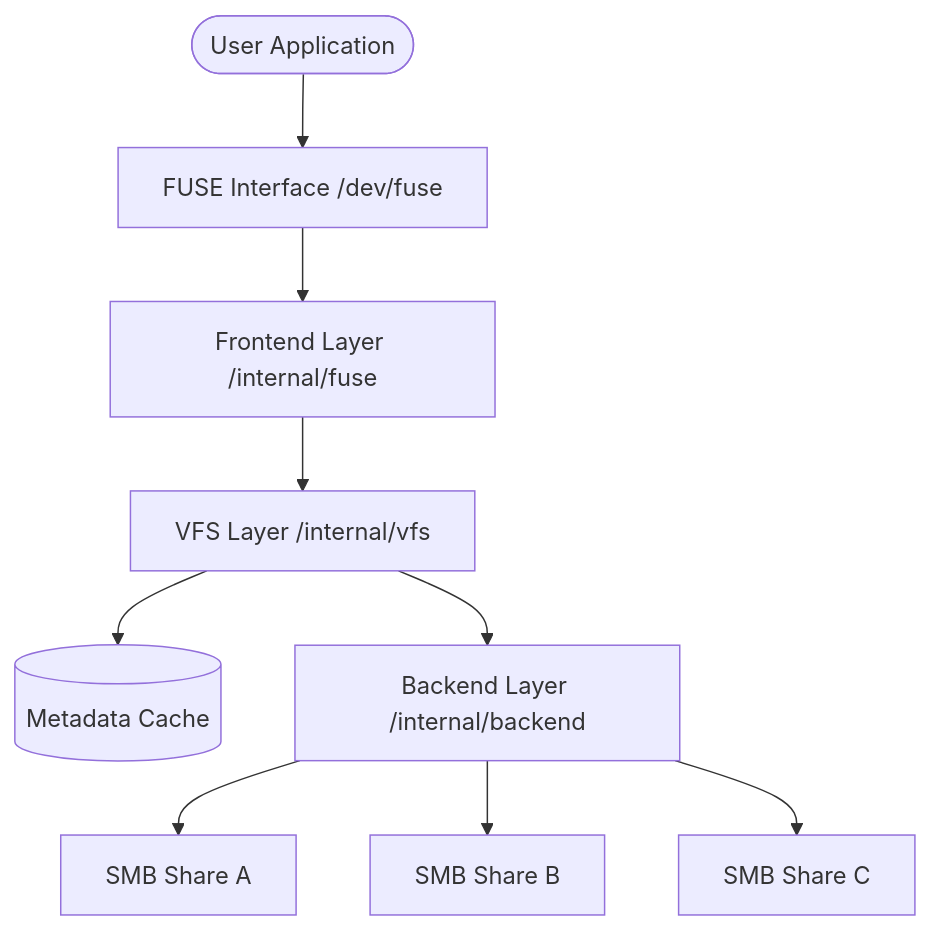
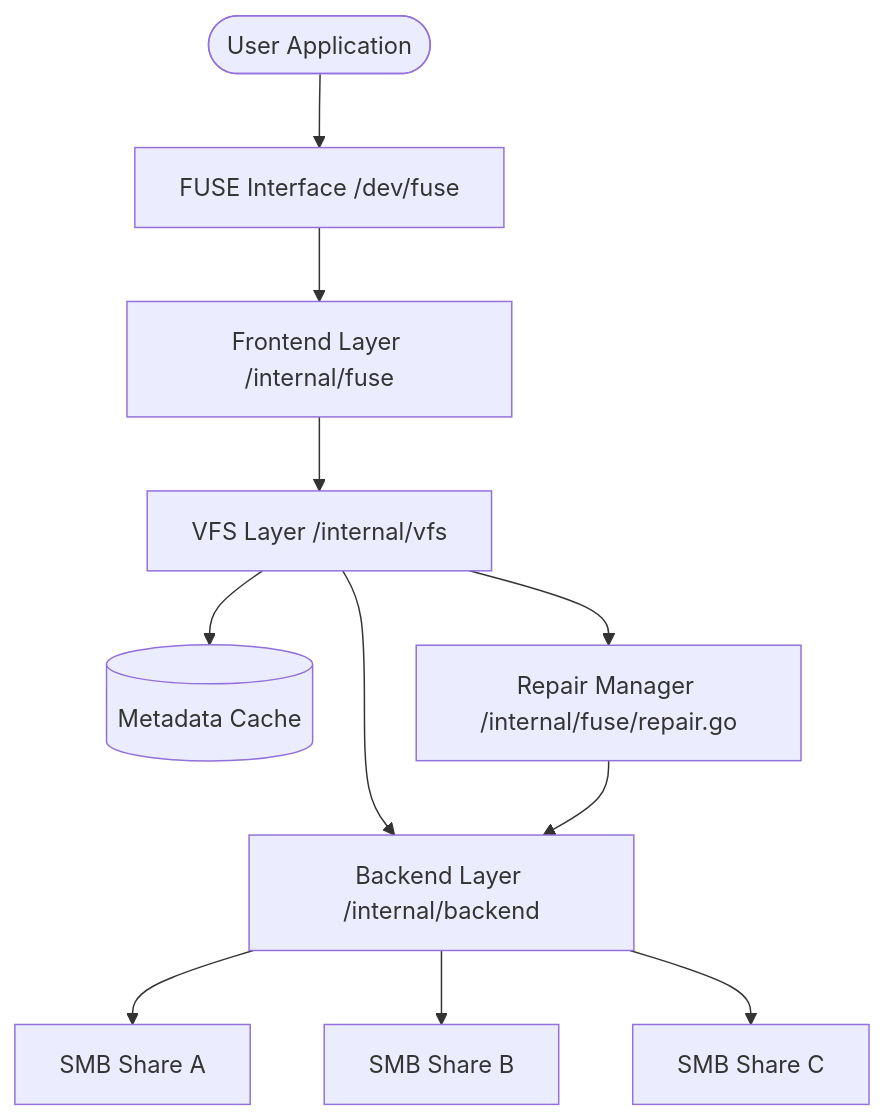
The diagram in docs/architecture.md (digitalentity/replistore), drawn with Mermaid before and after one commit. The commit also changed other lines of this file and 6 other files, not shown here.

````diff
--- a/docs/architecture.md
+++ b/docs/architecture.md
@@ -12,11 +12,13 @@
 ```mermaid
 graph TD
     User([User Application]) --> FUSE[FUSE Interface /dev/fuse]
     FUSE --> Frontend[Frontend Layer /internal/fuse]
     Frontend --> VFS[VFS Layer /internal/vfs]
     VFS --> Cache[(Metadata Cache)]
     VFS --> Backend[Backend Layer /internal/backend]
+    VFS --> Repair[Repair Manager /internal/fuse/repair.go]
+    Repair --> Backend
     Backend --> SMB1[SMB Share A]
     Backend --> SMB2[SMB Share B]
     Backend --> SMB3[SMB Share C]
 ```
````
